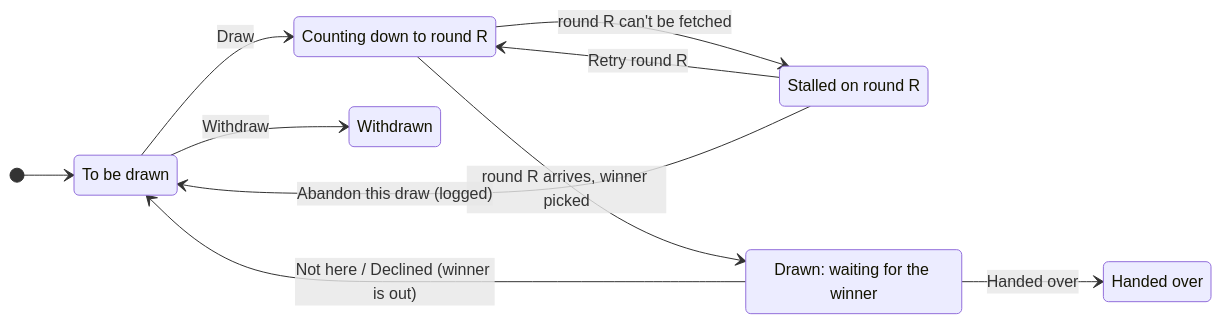
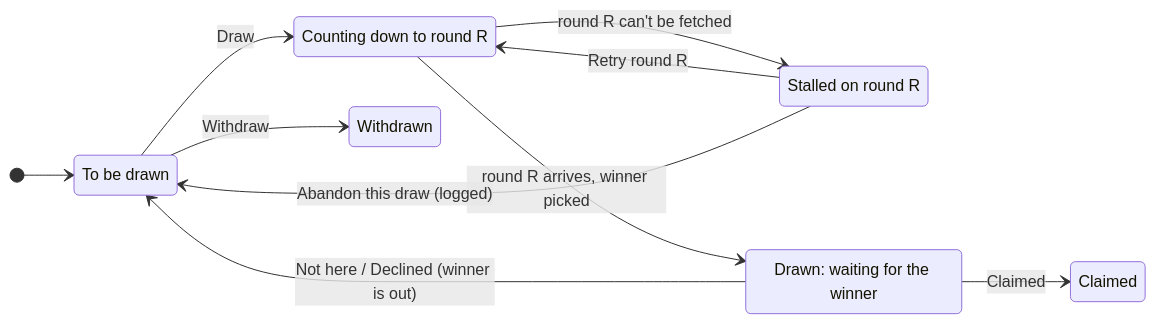
The second of 2 diagrams in docs/guide/the-draw.md (sagikazarmark/rafi.orig), drawn with Mermaid before and after one commit. The commit also changed other lines of this file and 66 other files, not shown here.

````diff
--- a/docs/guide/the-draw.md
+++ b/docs/guide/the-draw.md
@@ -68,20 +68,20 @@
 ```mermaid
 stateDiagram-v2
     direction LR
     state "To be drawn" as Available
     state "Counting down to round R" as Pending
     state "Stalled on round R" as Stalled
     state "Drawn: waiting for the winner" as Drawn
-    state "Handed over" as Claimed
+    state "Claimed" as Claimed
     state "Withdrawn" as Voided
 
     [*] --> Available
     Available --> Pending: Draw
     Pending --> Drawn: round R arrives, winner picked
     Pending --> Stalled: round R can't be fetched
     Stalled --> Pending: Retry round R
     Stalled --> Available: Abandon this draw (logged)
-    Drawn --> Claimed: Handed over
+    Drawn --> Claimed: Claimed
     Drawn --> Available: Not here / Declined (winner is out)
     Available --> Voided: Withdraw
 ```
````
